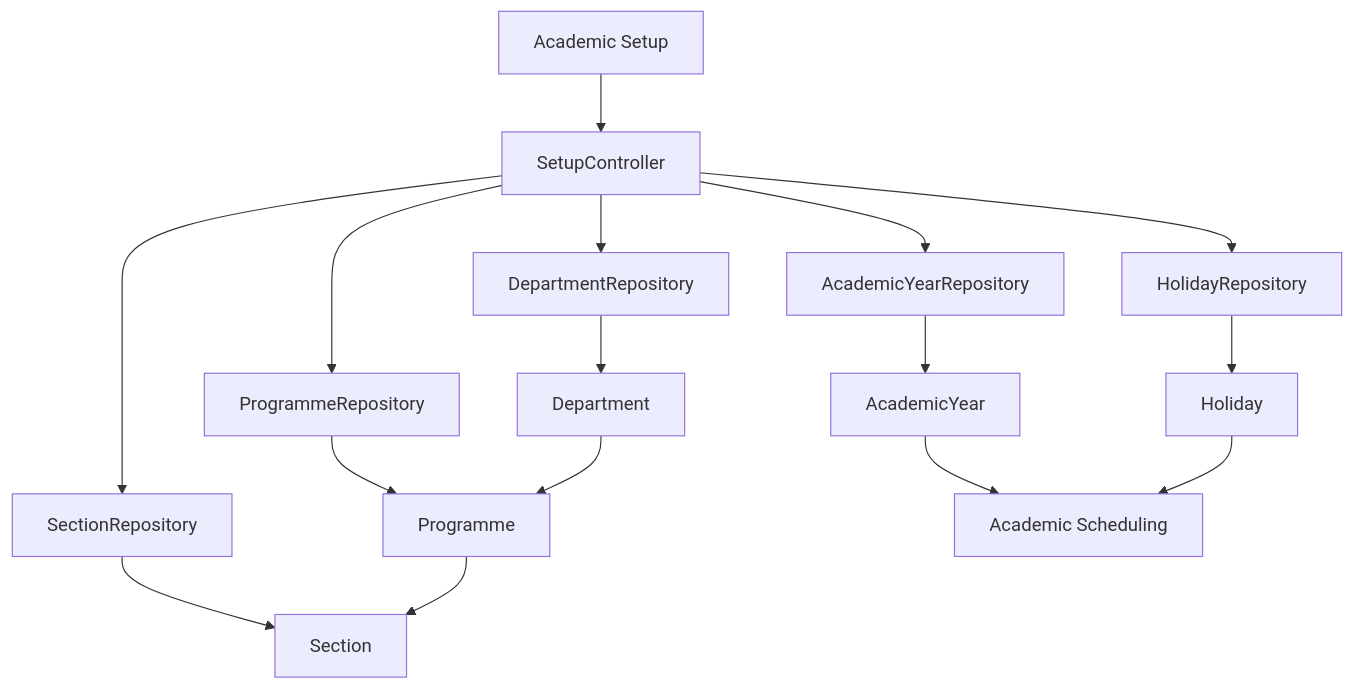
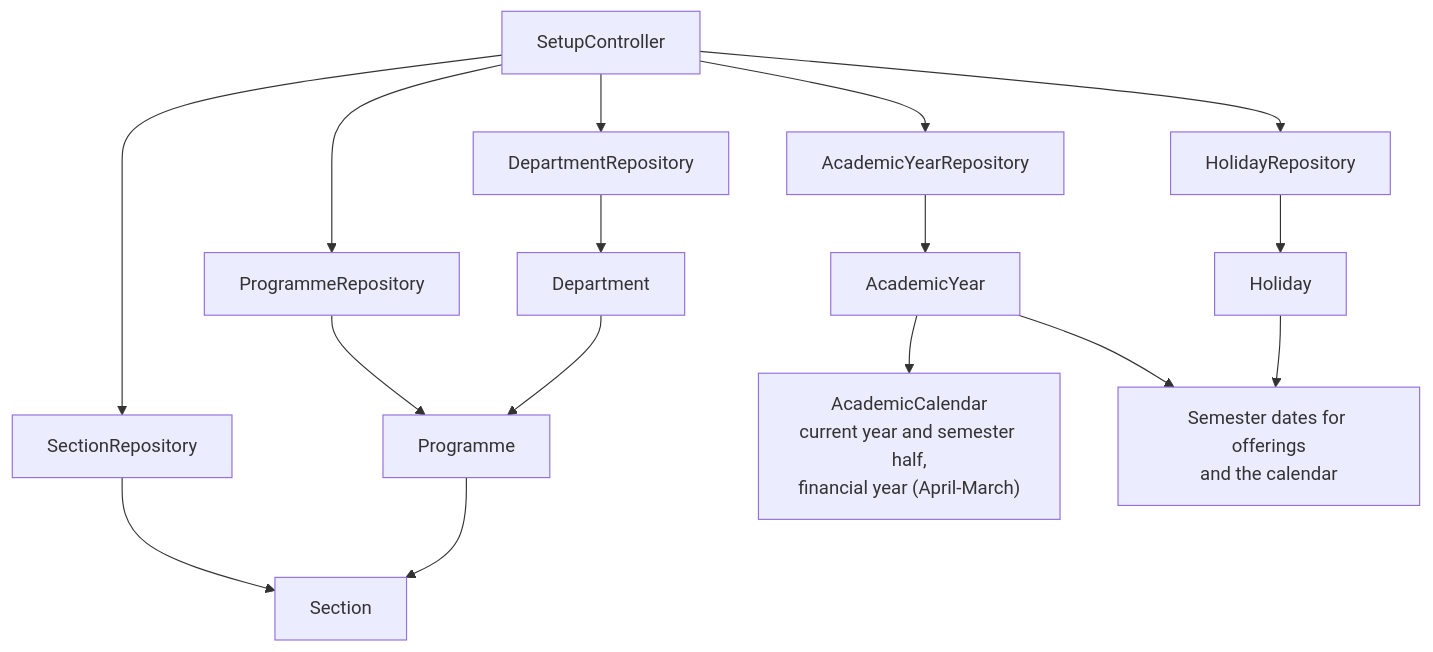
Before and after one commit to Git-punit/campus-erp: diagram 17 of 19 in README.md, drawn with Mermaid. The commit also changed other lines of this file, not shown here.

````diff
--- a/README.md
+++ b/README.md
@@ -753,23 +809,16 @@
 ```mermaid
 flowchart TD
-    A["Academic Setup"]
+    A["SetupController"]
 
-    A --> B["SetupController"]
-
-    B --> C["DepartmentRepository"]
-    B --> D["ProgrammeRepository"]
-    B --> E["SectionRepository"]
-    B --> F["AcademicYearRepository"]
-    B --> G["HolidayRepository"]
-
-    C --> H["Department"]
-    D --> I["Programme"]
-    E --> J["Section"]
-    F --> K["AcademicYear"]
-    G --> L["Holiday"]
+    A --> C["DepartmentRepository"] --> H["Department"]
+    A --> D["ProgrammeRepository"] --> I["Programme"]
+    A --> E["SectionRepository"] --> J["Section"]
+    A --> F["AcademicYearRepository"] --> K["AcademicYear"]
+    A --> G["HolidayRepository"] --> L["Holiday"]
 
     H --> I
     I --> J
-    K --> M["Academic Scheduling"]
-    L --> M
+    K --> M["AcademicCalendar<br/>current year and semester half,<br/>financial year (April-March)"]
+    K --> N["Semester dates for offerings<br/>and the calendar"]
+    L --> N
 ```
````
